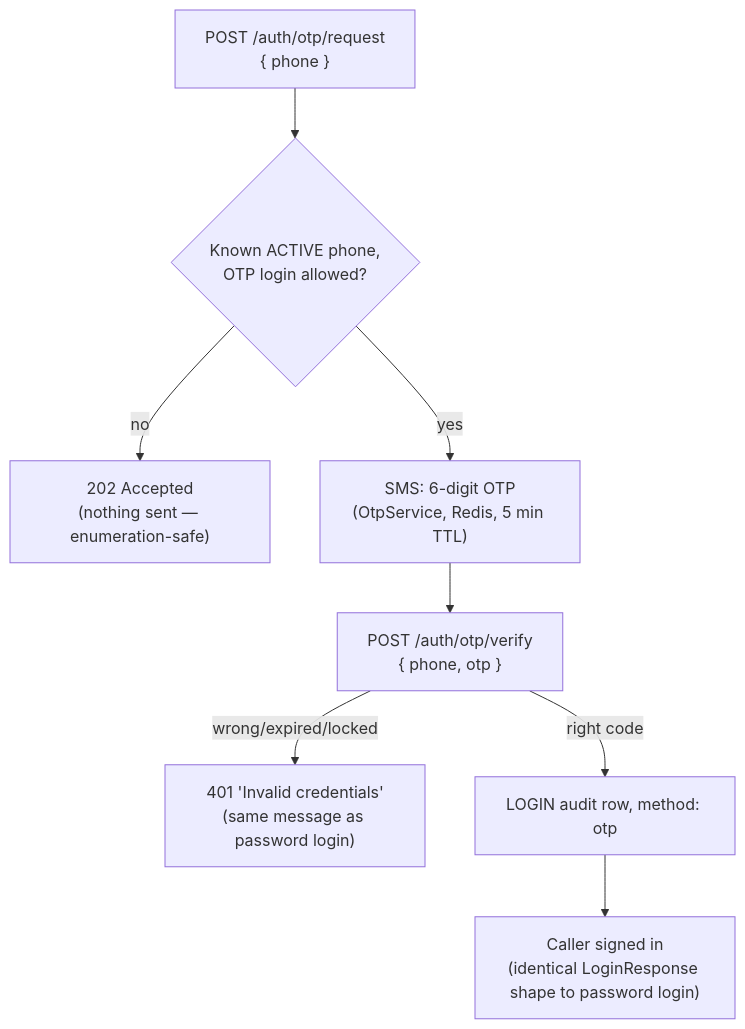
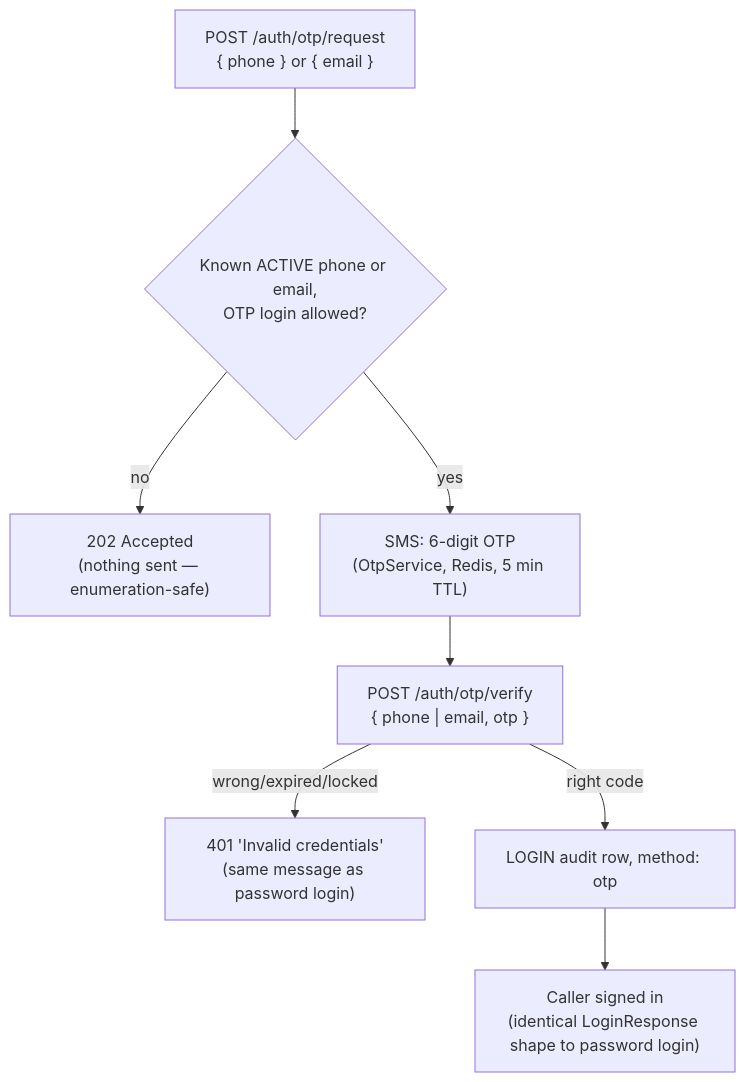
Before and after one commit to tareq89/biddaloy: the fourth of 6 diagrams in docs/architecture/08-security.md, drawn with Mermaid. The commit also changed other lines of this file and 98 other files, not shown here.

````diff
--- a/docs/architecture/08-security.md
+++ b/docs/architecture/08-security.md
@@ -181,10 +182,10 @@
 ```mermaid
 flowchart TD
-    A["POST /auth/otp/request<br/>{ phone }"] --> B{Known ACTIVE phone,<br/>OTP login allowed?}
+    A["POST /auth/otp/request<br/>{ phone } or { email }"] --> B{Known ACTIVE phone or email,<br/>OTP login allowed?}
     B -- "no" --> Z["202 Accepted<br/>(nothing sent — enumeration-safe)"]
     B -- "yes" --> C["SMS: 6-digit OTP<br/>(OtpService, Redis, 5 min TTL)"]
-    C --> D["POST /auth/otp/verify<br/>{ phone, otp }"]
+    C --> D["POST /auth/otp/verify<br/>{ phone | email, otp }"]
     D -- "wrong/expired/locked" --> E["401 'Invalid credentials'<br/>(same message as password login)"]
     D -- "right code" --> F["LOGIN audit row, method: otp"]
     F --> G["Caller signed in<br/>(identical LoginResponse shape to password login)"]
 ```
````
